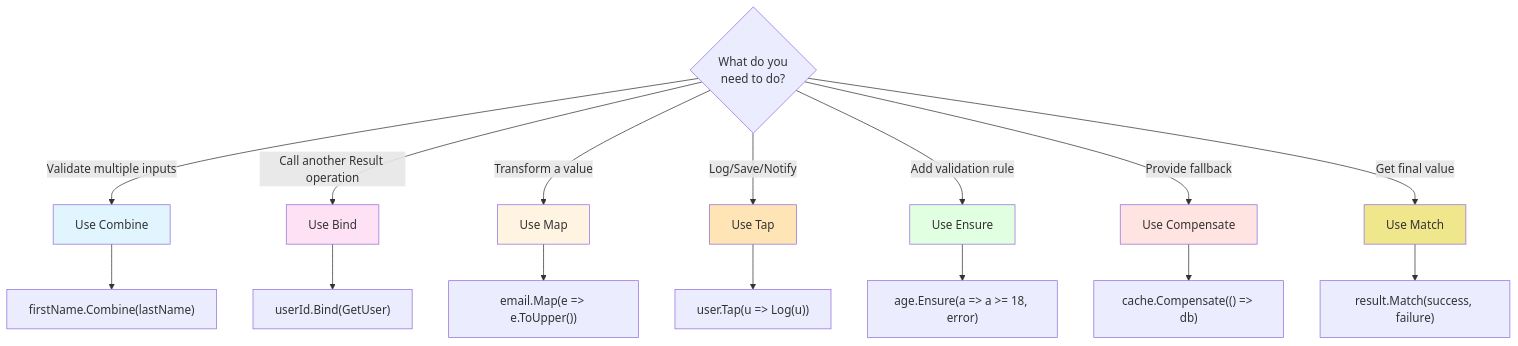
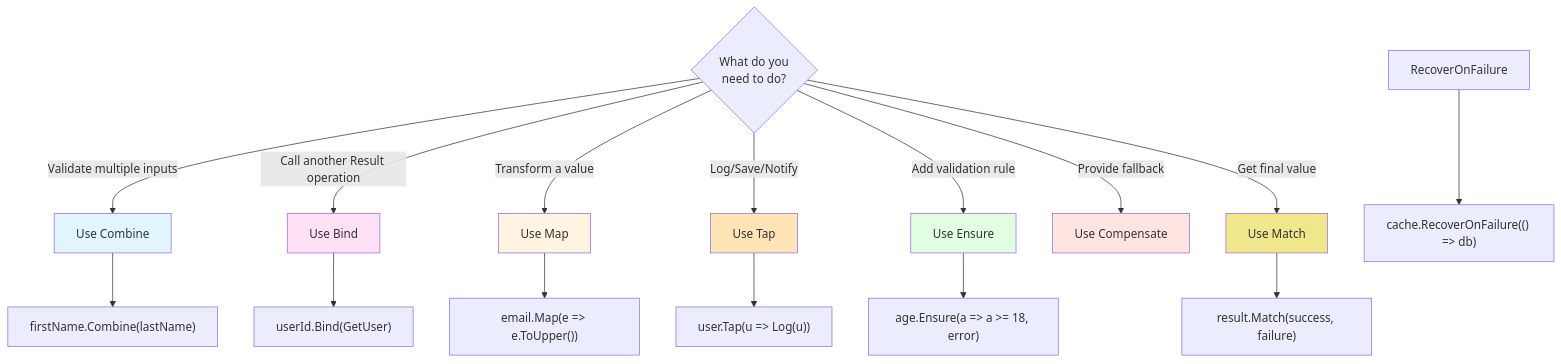
One commit to xavierjohn/FunctionalDDD changed the third of 3 diagrams in docs/docfx_project/articles/basics.md. Above: the diagram before and after it, drawn with Mermaid. The commit also changed other lines of this file and 23 other files, not shown here.

````diff
--- a/docs/docfx_project/articles/basics.md
+++ b/docs/docfx_project/articles/basics.md
@@ -623,28 +623,28 @@
 ```mermaid
 flowchart TD
     START{What do you<br/>need to do?}
     
     START -->|Validate multiple inputs| COMBINE[Use Combine]
     START -->|Call another Result operation| BIND[Use Bind]
     START -->|Transform a value| MAP[Use Map]
     START -->|Log/Save/Notify| TAP[Use Tap]
     START -->|Add validation rule| ENSURE[Use Ensure]
     START -->|Provide fallback| COMPENSATE[Use Compensate]
     START -->|Get final value| MATCH[Use Match]
     
     COMBINE --> CODE1["firstName.Combine(lastName)"]
     BIND --> CODE2["userId.Bind(GetUser)"]
     MAP --> CODE3["email.Map(e => e.ToUpper())"]
     TAP --> CODE4["user.Tap(u => Log(u))"]
     ENSURE --> CODE5["age.Ensure(a => a >= 18, error)"]
-    COMPENSATE --> CODE6["cache.Compensate(() => db)"]
+    RecoverOnFailure --> CODE6["cache.RecoverOnFailure(() => db)"]
     MATCH --> CODE7["result.Match(success, failure)"]
     
     style COMBINE fill:#E1F5FF
     style BIND fill:#FFE1F5
     style MAP fill:#FFF4E1
     style TAP fill:#FFE4B5
     style ENSURE fill:#E1FFE1
     style COMPENSATE fill:#FFE4E1
     style MATCH fill:#F0E68C
 ```
````
